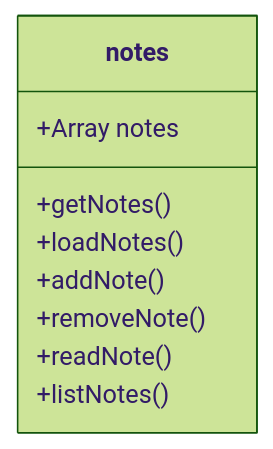
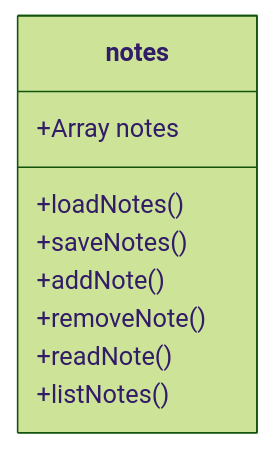
The diagram in README.md (f2xiao/note-node-app), drawn with Mermaid (forest theme) before and after one commit. The commit also changed other lines of this file and 4 other files, not shown here.

```diff
--- a/README.md
+++ b/README.md
@@ -39,11 +39,11 @@
 :::mermaid
 classDiagram
     class notes
     notes : +Array notes
-    notes : +getNotes()
     notes : +loadNotes()
+    notes : +saveNotes()
     notes : +addNote()
     notes : +removeNote()
     notes : +readNote()
     notes : +listNotes()
 :::
```
